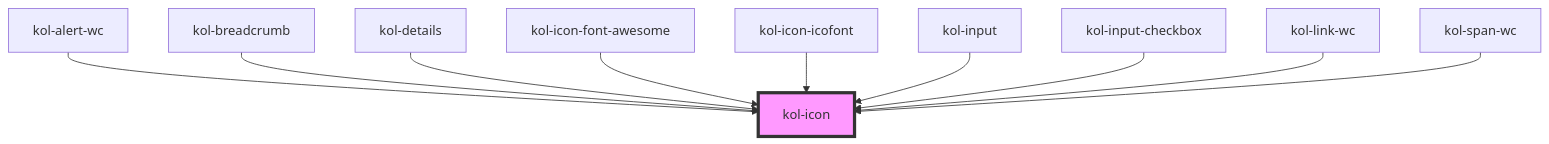
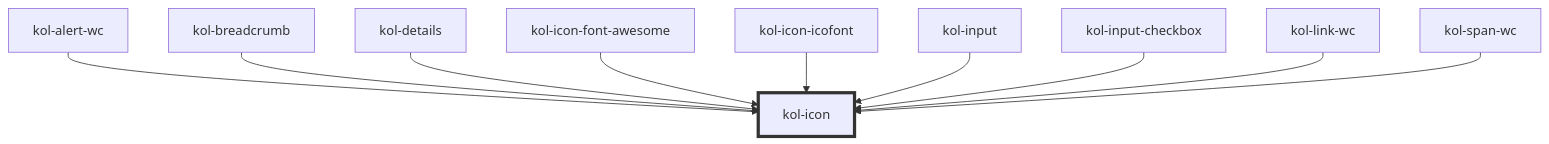
Before and after one commit to public-ui/kolibri: the diagram in packages/components/src/components/icon/readme.md, drawn with Mermaid. The commit also changed 372 other files, not shown here.

````diff
--- a/packages/components/src/components/icon/readme.md
+++ b/packages/components/src/components/icon/readme.md
@@ -81,13 +81,13 @@
 ```mermaid
 graph TD;
   kol-alert-wc --> kol-icon
   kol-breadcrumb --> kol-icon
   kol-details --> kol-icon
   kol-icon-font-awesome --> kol-icon
   kol-icon-icofont --> kol-icon
   kol-input --> kol-icon
   kol-input-checkbox --> kol-icon
   kol-link-wc --> kol-icon
   kol-span-wc --> kol-icon
-  style kol-icon fill:#f9f,stroke:#333,stroke-width:4px
+  style kol-icon stroke:#333,stroke-width:4px
 ```
````
